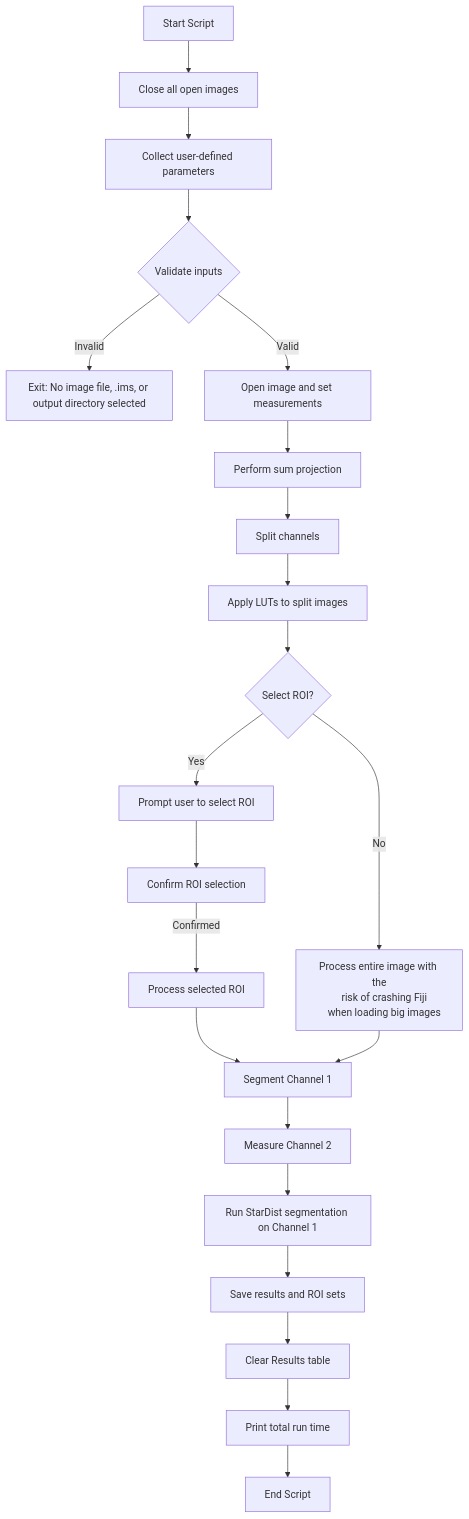
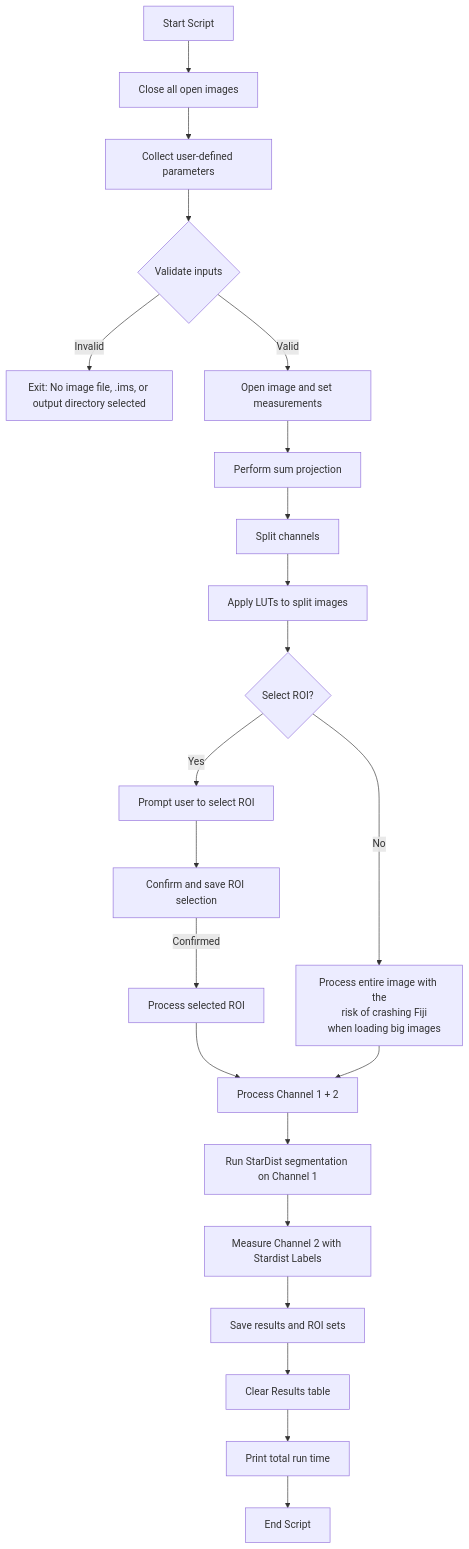
The diagram in README.md (Daniel-Waiger/Mouse-Brain-CFOS-Analysis), drawn with Mermaid before and after one commit.

````diff
--- a/README.md
+++ b/README.md
@@ -78,26 +78,26 @@
 ```mermaid
 graph TD
     A[Start Script] --> B[Close all open images]
     B --> C[Collect user-defined parameters]
     C --> D{Validate inputs}
     D -->|Invalid| E[Exit: No image file, .ims, or output directory selected]
     D -->|Valid| F[Open image and set measurements]
     F --> G[Perform sum projection]
     G --> H[Split channels]
     H --> I[Apply LUTs to split images]
     I --> J{Select ROI?}
     J -->|Yes| K[Prompt user to select ROI]
-    K --> L[Confirm ROI selection]
+    K --> L[Confirm and save ROI selection]
     L -->|Confirmed| M[Process selected ROI]
     J -->|No| N[Process entire image with the
     risk of crashing Fiji
     when loading big images]
     M --> O[Process Channel 1]
-    N --> O[Segment Channel 1]
-    O --> P[Measure Channel 2]
-    P --> Q[Run StarDist segmentation on Channel 1]
+    N --> O[Process Channel 1 + 2]
+    O --> P[Run StarDist segmentation on Channel 1]
+    P --> Q[Measure Channel 2 with Stardist Labels]
     Q --> R[Save results and ROI sets]
     R --> S[Clear Results table]
     S --> T[Print total run time]
     T --> U[End Script]
 ```
````
